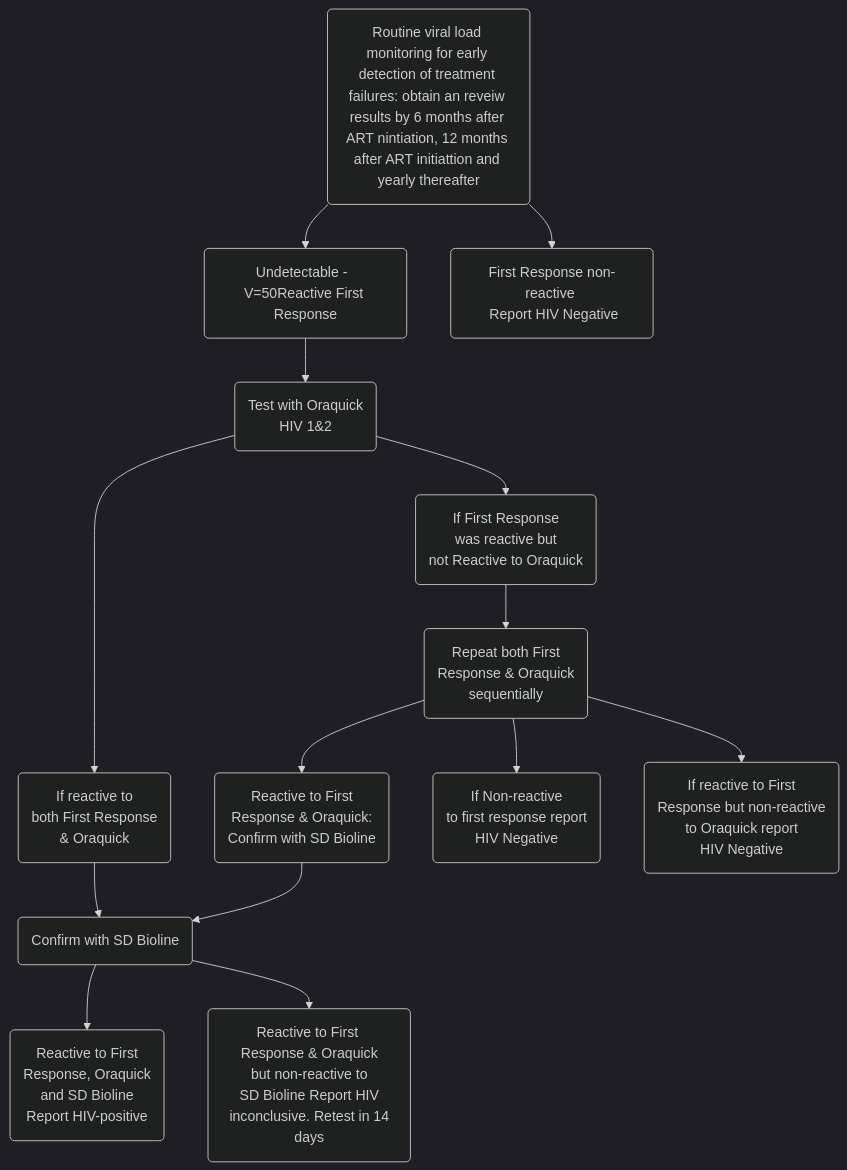
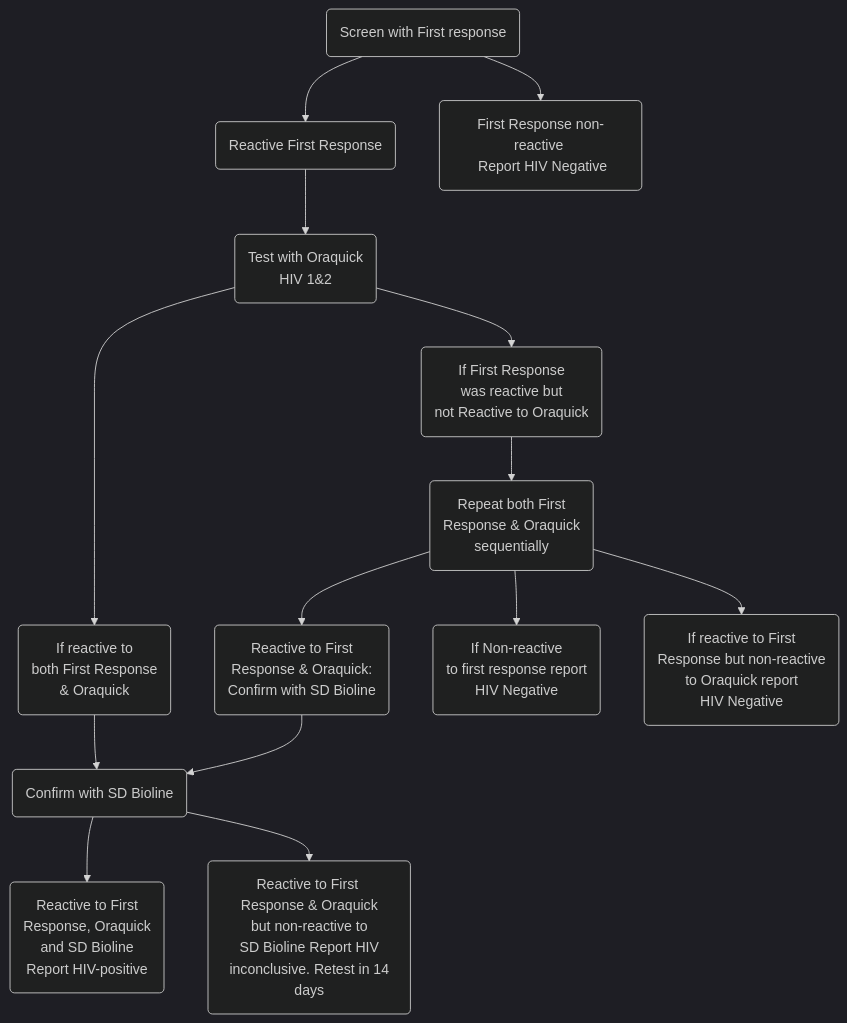
Before and after one commit to sbnguah/PedicsNotes: the diagram in id-hiv.qmd, drawn with Mermaid (dark theme). The commit also changed 4 other files, not shown here.

````diff
--- a/id-hiv.qmd
+++ b/id-hiv.qmd
@@ -90,18 +90,18 @@
 ```{mermaid}
 %%| label: fig-HivTestAlgorithm
 %%| fig-cap: "HIV testing algorithm for non-pregnant women and general population"
 flowchart TD
-    A(Routine viral load monitoring for early detection of treatment failures: obtain an reveiw results by 6 months after ART nintiation, 12 months after ART initiattion and yearly thereafter)-->B(Undetectable -  V=50Reactive First Response);
+    A(Screen with First response)-->B(Reactive First Response);
     A-->C(First Response non-reactive <br> Report HIV Negative);
     B-->D(Test with Oraquick <br> HIV 1&2);
     D-->E(If reactive to <br> both First Response <br> & Oraquick);
     D-->F(If First Response <br> was reactive but <br> not Reactive to Oraquick);
     E-->G(Confirm with SD Bioline);
     F-->H(Repeat both First <br> Response & Oraquick <br> sequentially);
     H-->I(Reactive to First <br> Response & Oraquick: <br> Confirm with SD Bioline);
     H-->J(If Non-reactive <br> to first response report <br> HIV Negative);
     G-->K(Reactive to First <br> Response, Oraquick <br> and SD Bioline <br> Report HIV-positive);
     G-->L(Reactive to First <br> Response & Oraquick <br> but non-reactive to <br> SD Bioline Report HIV <br> inconclusive. Retest in 14 days);
     H-->M(If reactive to First <br> Response but non-reactive <br> to Oraquick report <br> HIV Negative);
     I-->G
 ```
````
